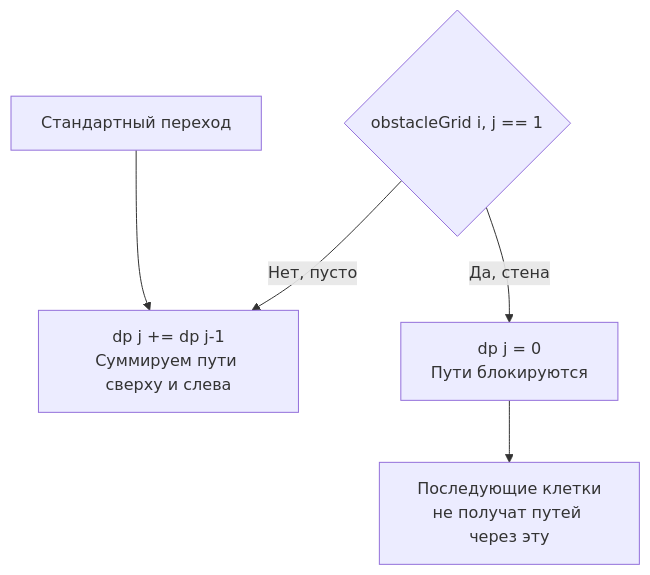
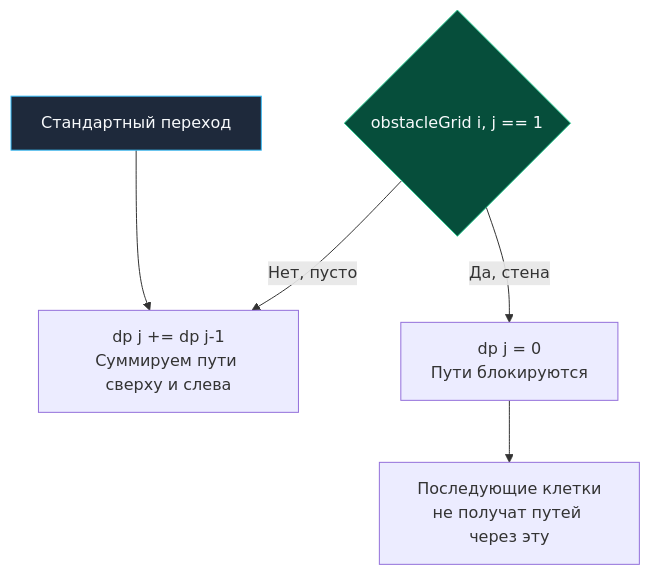
One commit to UnrealTemplier/go-textbook changed the diagram in sources/21. Задачи с LeetCode и собеседований на Go/02. Задачи/19. Динамическое программирование 2D/4. Unique Paths II.md. Above: the diagram before and after it, drawn with Mermaid. The commit also changed 1666 other files, not shown here.

First line of the commit message:
feat(mermaid): add semantic color classDef to 1369 colorless flowchart/graph diagrams

````diff
--- a/sources/21. Задачи с LeetCode и собеседований на Go/02. Задачи/19. Динамическое программирование 2D/4. Unique Paths II.md
+++ b/sources/21. Задачи с LeetCode и собеседований на Go/02. Задачи/19. Динамическое программирование 2D/4. Unique Paths II.md
@@ -57,7 +57,17 @@
 ```mermaid
 flowchart TD
-    A["Стандартный переход"] --> B["dp j += dp j-1<br>Суммируем пути сверху и слева"]
-    C{"obstacleGrid i, j == 1"} -- "Да, стена" --> D["dp j = 0<br>Пути блокируются"]
+    classDef process  fill:#1e293b,stroke:#38bdf8,stroke-width:1px,color:#f8fafc
+    classDef success  fill:#064e3b,stroke:#34d399,stroke-width:1px,color:#f8fafc
+    classDef error    fill:#7f1d1d,stroke:#f87171,stroke-width:1px,color:#f8fafc
+    classDef warning  fill:#78350f,stroke:#fbbf24,stroke-width:1px,color:#f8fafc
+    classDef entry    fill:#1e3a5f,stroke:#38bdf8,stroke-width:2px,color:#f8fafc
+    classDef aux      fill:#334155,stroke:#64748b,stroke-width:1px,color:#f8fafc
+    classDef system   fill:#312e81,stroke:#a78bfa,stroke-width:1px,color:#f8fafc
+    classDef data     fill:#132d29,stroke:#2dd4bf,stroke-width:1px,color:#f8fafc
+    classDef network  fill:#881337,stroke:#fb7185,stroke-width:1px,color:#f8fafc
+    classDef accent   fill:#1e1b4b,stroke:#818cf8,stroke-width:1px,color:#f8fafc
+    A["Стандартный переход"]:::process --> B["dp j += dp j-1<br>Суммируем пути сверху и слева"]
+    C{"obstacleGrid i, j == 1"}:::success -- "Да, стена" --> D["dp j = 0<br>Пути блокируются"]
     C -- "Нет, пусто" --> B
     D --> E["Последующие клетки<br>не получат путей через эту"]
 ```
````
